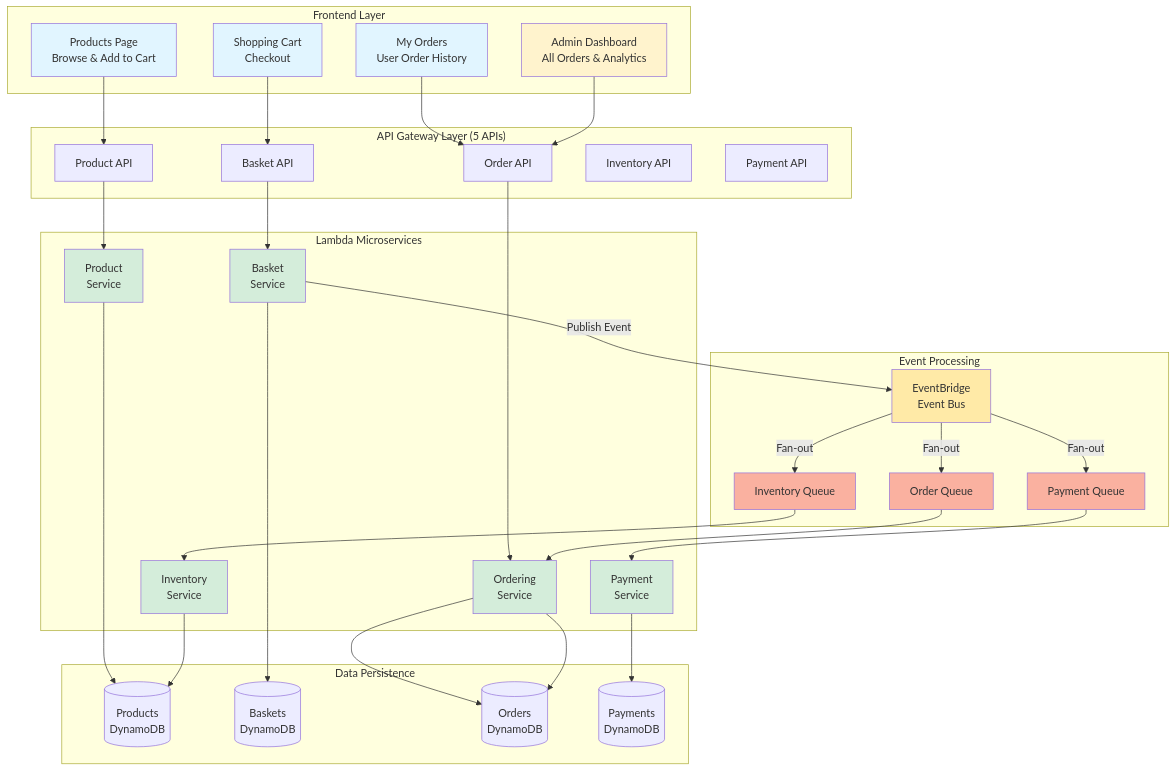
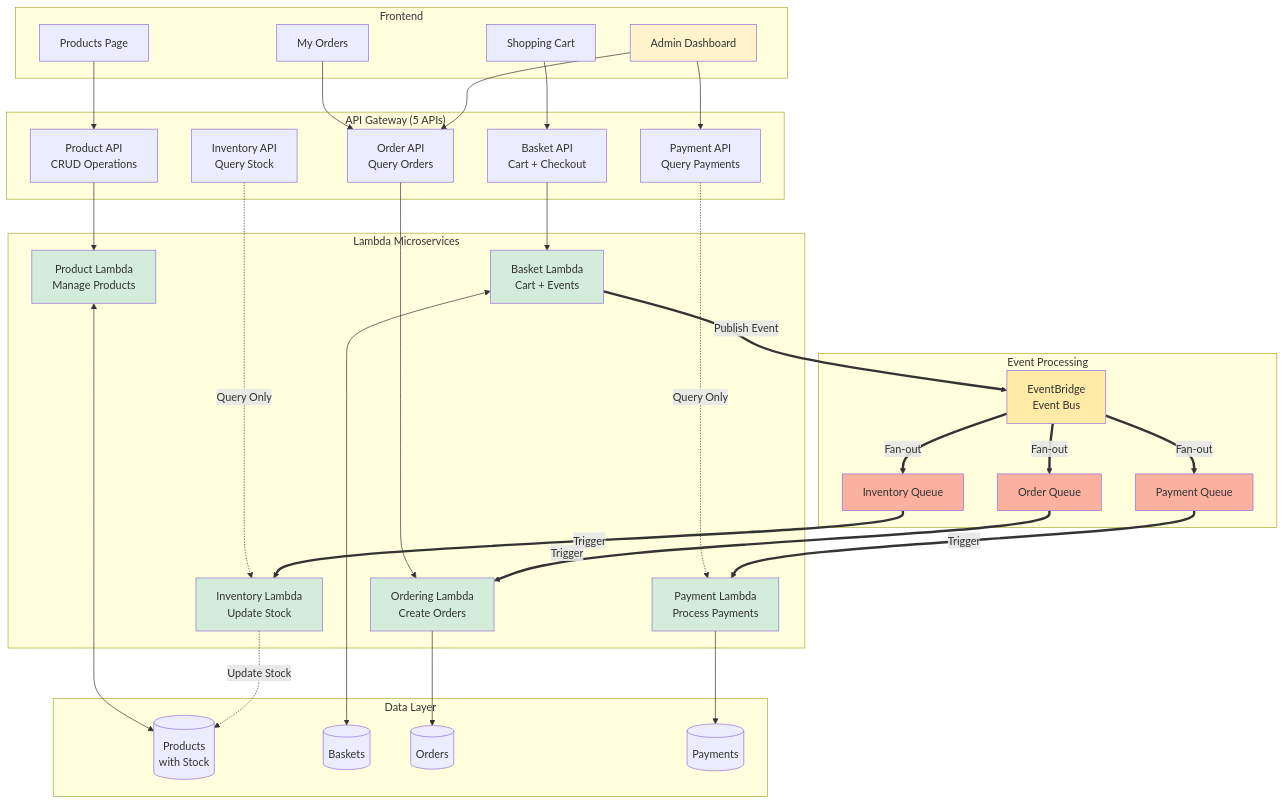
Before and after one commit to yarinacs/CS6200final_project: the first of 2 diagrams in README.md, drawn with Mermaid. The commit also changed other lines of this file, not shown here.

````diff
--- a/README.md
+++ b/README.md
@@ -35,67 +35,81 @@
 ```mermaid
 graph TB
-    subgraph "Frontend Layer"
-        UI1[Products Page<br/>Browse & Add to Cart]
-        UI2[Shopping Cart<br/>Checkout]
-        UI3[My Orders<br/>User Order History]
-        UI4[Admin Dashboard<br/>All Orders & Analytics]
+    subgraph "Frontend"
+        UI1[Products Page]
+        UI2[Shopping Cart]
+        UI3[My Orders]
+        UI4[Admin Dashboard]
     end
 
-    subgraph "API Gateway Layer (5 APIs)"
-        API1[Product API]
-        API2[Basket API]
-        API3[Order API]
-        API4[Inventory API]
-        API5[Payment API]
+    subgraph "API Gateway (5 APIs)"
+        API1[Product API<br/>CRUD Operations]
+        API2[Basket API<br/>Cart + Checkout]
+        API3[Order API<br/>Query Orders]
+        API4[Inventory API<br/>Query Stock]
+        API5[Payment API<br/>Query Payments]
     end
 
     subgraph "Lambda Microservices"
-        MS1[Product<br/>Service]
-        MS2[Basket<br/>Service]
-        MS3[Ordering<br/>Service]
-        MS4[Inventory<br/>Service]
-        MS5[Payment<br/>Service]
+        MS1[Product Lambda<br/>Manage Products]
+        MS2[Basket Lambda<br/>Cart + Events]
+        MS3[Ordering Lambda<br/>Create Orders]
+        MS4[Inventory Lambda<br/>Update Stock]
+        MS5[Payment Lambda<br/>Process Payments]
     end
 
     subgraph "Event Processing"
         EB[EventBridge<br/>Event Bus]
         SQ1[Order Queue]
         SQ2[Inventory Queue]
         SQ3[Payment Queue]
     end
 
-    subgraph "Data Persistence"
-        DB1[(Products<br/>DynamoDB)]
-        DB2[(Baskets<br/>DynamoDB)]
-        DB3[(Orders<br/>DynamoDB)]
-        DB4[(Payments<br/>DynamoDB)]
+    subgraph "Data Layer"
+        DB1[(Products<br/>with Stock)]
+        DB2[(Baskets)]
+        DB3[(Orders)]
+        DB4[(Payments)]
     end
 
-    UI1 --> API1 --> MS1 --> DB1
-    UI2 --> API2 --> MS2 --> DB2
-    UI3 --> API3 --> MS3 --> DB3
+    %% Frontend to API
+    UI1 --> API1
+    UI2 --> API2
+    UI3 --> API3
     UI4 --> API3
+    UI4 --> API5
     
-    MS2 -->|Publish Event| EB
-    EB -->|Fan-out| SQ1
-    EB -->|Fan-out| SQ2
-    EB -->|Fan-out| SQ3
+    %% API to Lambda - ALL APIs connect to Lambdas
+    API1 --> MS1
+    API2 --> MS2
+    API3 --> MS3
+    API4 -.->|Query Only| MS4
+    API5 -.->|Query Only| MS5
     
-    SQ1 --> MS3 --> DB3
-    SQ2 --> MS4 --> DB1
-    SQ3 --> MS5 --> DB4
+    %% Lambda to Database
+    MS1 <--> DB1
+    MS2 <--> DB2
+    MS3 --> DB3
+    MS4 -.->|Update Stock| DB1
+    MS5 --> DB4
+    
+    %% Event-driven flow (Async)
+    MS2 ==>|Publish Event| EB
+    EB ==>|Fan-out| SQ1
+    EB ==>|Fan-out| SQ2
+    EB ==>|Fan-out| SQ3
+    
+    SQ1 ==>|Trigger| MS3
+    SQ2 ==>|Trigger| MS4
+    SQ3 ==>|Trigger| MS5
 
-    style UI1 fill:#e1f5ff
-    style UI2 fill:#e1f5ff
-    style UI3 fill:#e1f5ff
     style UI4 fill:#fff3cd
     style MS1 fill:#d4edda
     style MS2 fill:#d4edda
     style MS3 fill:#d4edda
     style MS4 fill:#d4edda
     style MS5 fill:#d4edda
     style EB fill:#ffeaa7
     style SQ1 fill:#fab1a0
     style SQ2 fill:#fab1a0
     style SQ3 fill:#fab1a0
 ```
````
